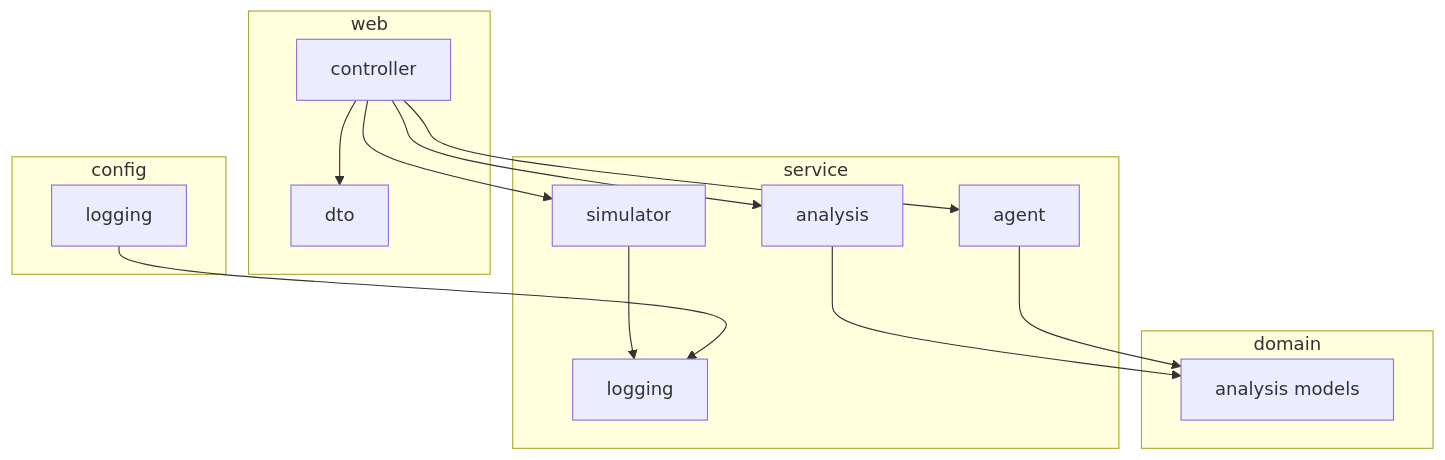
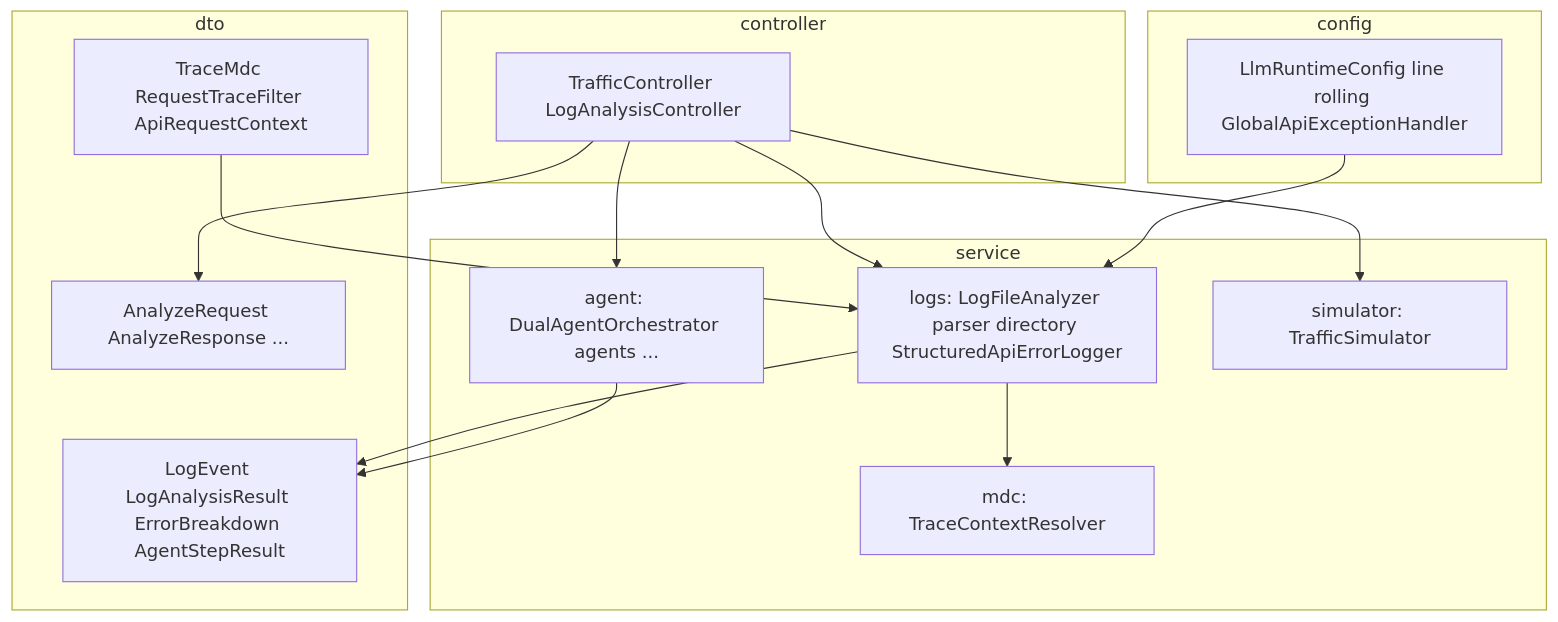
One commit to gajjalaroshan/test1 changed the diagram in docs/architecture/PACKAGE_STRUCTURE.md. Above: the diagram before and after it, drawn with Mermaid. The commit also changed other lines of this file and 69 other files, not shown here.

````diff
--- a/docs/architecture/PACKAGE_STRUCTURE.md
+++ b/docs/architecture/PACKAGE_STRUCTURE.md
@@ -22,27 +18,29 @@
 ```mermaid
 flowchart TB
-    subgraph web [web]
-        C[controller]
-        D[dto]
+    subgraph controller [controller]
+        C[TrafficController LogAnalysisController]
+    end
+    subgraph dto [dto]
+        D[AnalyzeRequest AnalyzeResponse ...]
+        T[TraceMdc RequestTraceFilter ApiRequestContext]
+        M[LogEvent LogAnalysisResult ErrorBreakdown AgentStepResult]
     end
     subgraph service [service]
-        SA[analysis]
-        SS[simulator]
-        SL[logging]
-        AG[agent]
-    end
-    subgraph domain [domain]
-        DM[analysis models]
+        AG[agent: DualAgentOrchestrator agents ...]
+        LG[logs: LogFileAnalyzer parser directory StructuredApiErrorLogger]
+        SIM[simulator: TrafficSimulator]
+        MDC[mdc: TraceContextResolver]
     end
     subgraph config [config]
-        CL[logging]
+        CL[LlmRuntimeConfig line rolling GlobalApiExceptionHandler]
     end
     C --> D
-    C --> SA
-    C --> SS
+    C --> LG
     C --> AG
-    SA --> DM
-    AG --> DM
-    SS --> SL
-    CL --> SL
+    C --> SIM
+    LG --> MDC
+    LG --> M
+    AG --> M
+    CL --> LG
+    T --> LG
 ```
````
